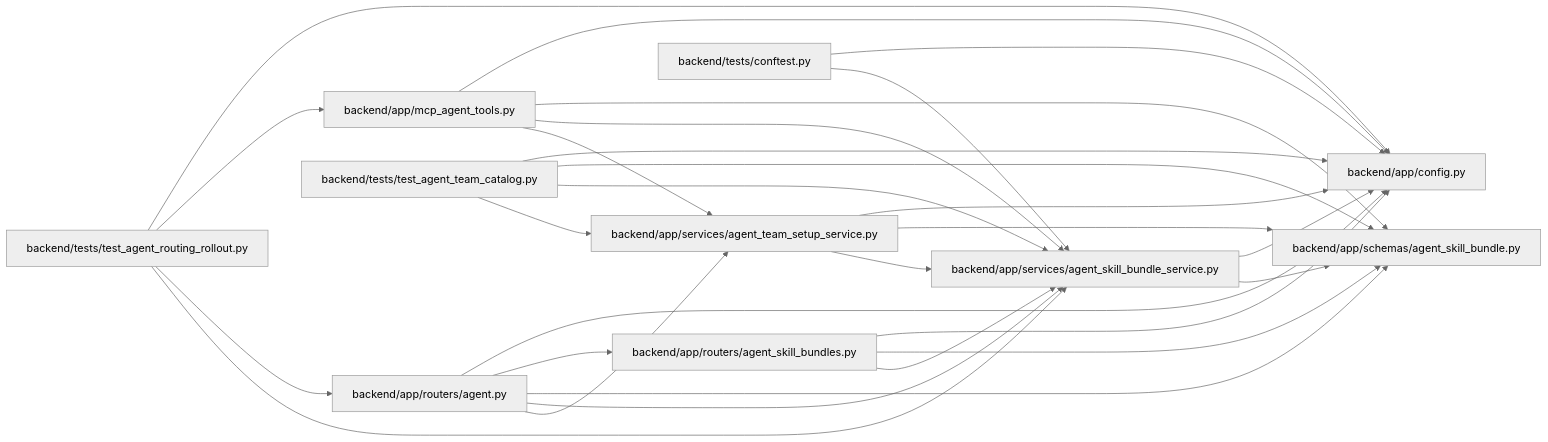
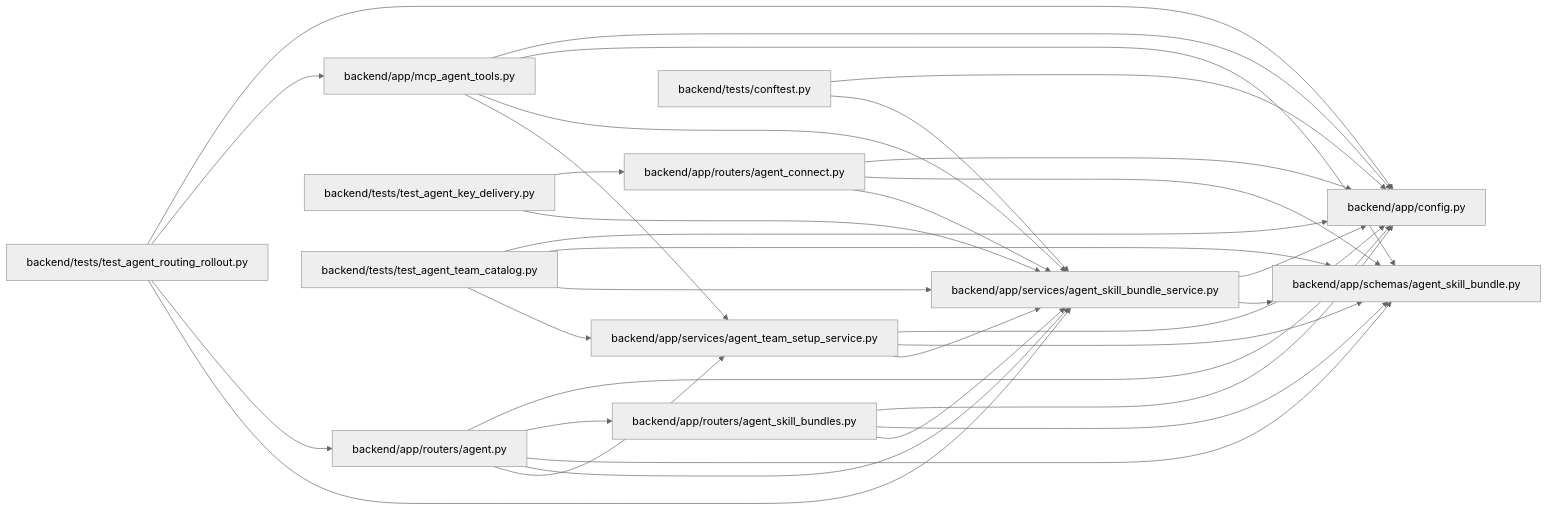
Before and after one commit to Denissvgn/WorkChord: the diagram in docs/llm_wiki/modules/agent_skill_bundle_service.md, drawn with Mermaid (neutral theme). The commit also changed other lines of this file and 732 other files, not shown here.

Commit message:
docs(wiki): refresh for agent key delivery and the connect hint

````diff
--- a/docs/llm_wiki/modules/agent_skill_bundle_service.md
+++ b/docs/llm_wiki/modules/agent_skill_bundle_service.md
@@ -37,50 +37,59 @@
 ```mermaid
 flowchart LR
     n0["backend/app/config.py"]
     n1["backend/app/mcp_agent_tools.py"]
     n2["backend/app/routers/agent.py"]
-    n3["backend/app/routers/agent_skill_bundles.py"]
-    n4["backend/app/schemas/agent_skill_bundle.py"]
-    n5["backend/app/services/agent_skill_bundle_service.py"]
-    n6["backend/app/services/agent_team_setup_service.py"]
-    n7["backend/tests/conftest.py"]
-    n8["backend/tests/test_agent_routing_rollout.py"]
-    n9["backend/tests/test_agent_team_catalog.py"]
+    n3["backend/app/routers/agent_connect.py"]
+    n4["backend/app/routers/agent_skill_bundles.py"]
+    n5["backend/app/schemas/agent_skill_bundle.py"]
+    n6["backend/app/services/agent_skill_bundle_service.py"]
+    n7["backend/app/services/agent_team_setup_service.py"]
+    n8["backend/tests/conftest.py"]
+    n9["backend/tests/test_agent_key_delivery.py"]
+    n10["backend/tests/test_agent_routing_rollout.py"]
+    n11["backend/tests/test_agent_team_catalog.py"]
     n1 --> n0
-    n1 --> n4
     n1 --> n5
     n1 --> n6
+    n1 --> n7
     n2 --> n0
-    n2 --> n3
     n2 --> n4
     n2 --> n5
     n2 --> n6
+    n2 --> n7
     n3 --> n0
-    n3 --> n4
     n3 --> n5
-    n5 --> n0
-    n5 --> n4
+    n3 --> n6
+    n4 --> n0
+    n4 --> n5
+    n4 --> n6
     n6 --> n0
-    n6 --> n4
     n6 --> n5
     n7 --> n0
     n7 --> n5
+    n7 --> n6
     n8 --> n0
-    n8 --> n1
-    n8 --> n2
-    n8 --> n5
-    n9 --> n0
-    n9 --> n4
-    n9 --> n5
+    n8 --> n6
+    n9 --> n3
     n9 --> n6
+    n10 --> n0
+    n10 --> n1
+    n10 --> n2
+    n10 --> n6
+    n11 --> n0
+    n11 --> n5
+    n11 --> n6
+    n11 --> n7
     click n0 "../modules/config.md"
     click n1 "../modules/mcp_agent_tools.md"
     click n2 "../modules/routers_agent.md"
-    click n3 "../modules/agent_skill_bundles.md"
-    click n4 "../modules/agent_skill_bundle.md"
-    click n5 "../modules/agent_skill_bundle_service.md"
-    click n6 "../modules/agent_team_setup_service.md"
-    click n7 "../modules/conftest.md"
-    click n8 "../modules/test_agent_routing_rollout.md"
-    click n9 "../modules/test_agent_team_catalog.md"
+    click n3 "../modules/routers_agent_connect.md"
+    click n4 "../modules/agent_skill_bundles.md"
+    click n5 "../modules/agent_skill_bundle.md"
+    click n6 "../modules/agent_skill_bundle_service.md"
+    click n7 "../modules/agent_team_setup_service.md"
+    click n8 "../modules/conftest.md"
+    click n9 "../modules/test_agent_key_delivery.md"
+    click n10 "../modules/test_agent_routing_rollout.md"
+    click n11 "../modules/test_agent_team_catalog.md"
 ```
````
